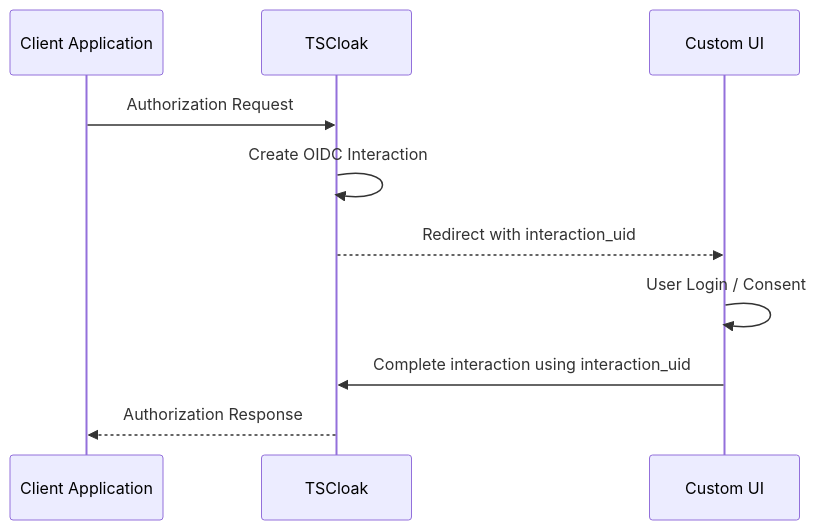
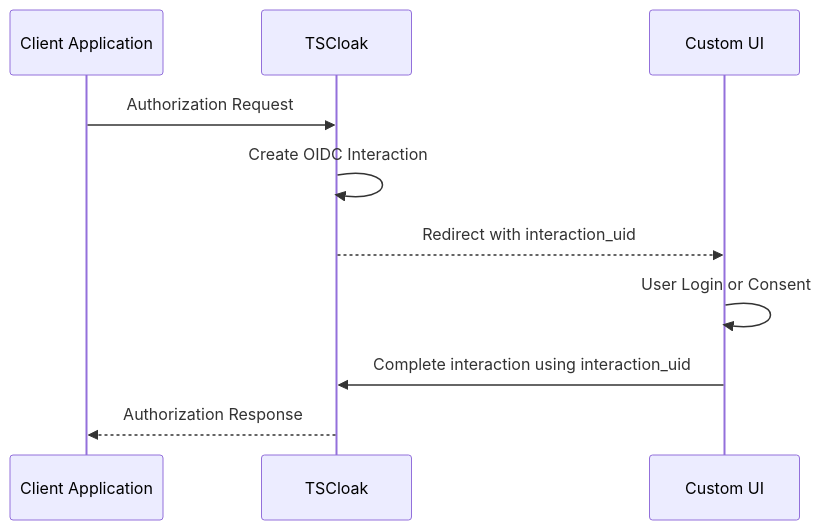
Before and after one commit to TechSivaram/tscloak: the fifth of 18 diagrams in README.md, drawn with Mermaid. The commit also changed other lines of this file, not shown here.

Commit message:
updated the readme with consent url

````diff
--- a/README.md
+++ b/README.md
@@ -225,13 +310,13 @@
 ```mermaid
 sequenceDiagram
     participant C as Client Application
     participant T as TSCloak
     participant U as Custom UI
 
     C->>T: Authorization Request
     T->>T: Create OIDC Interaction
     T-->>U: Redirect with interaction_uid
-    U->>U: User Login / Consent
+    U->>U: User Login or Consent
     U->>T: Complete interaction using interaction_uid
     T-->>C: Authorization Response
 ```
````
